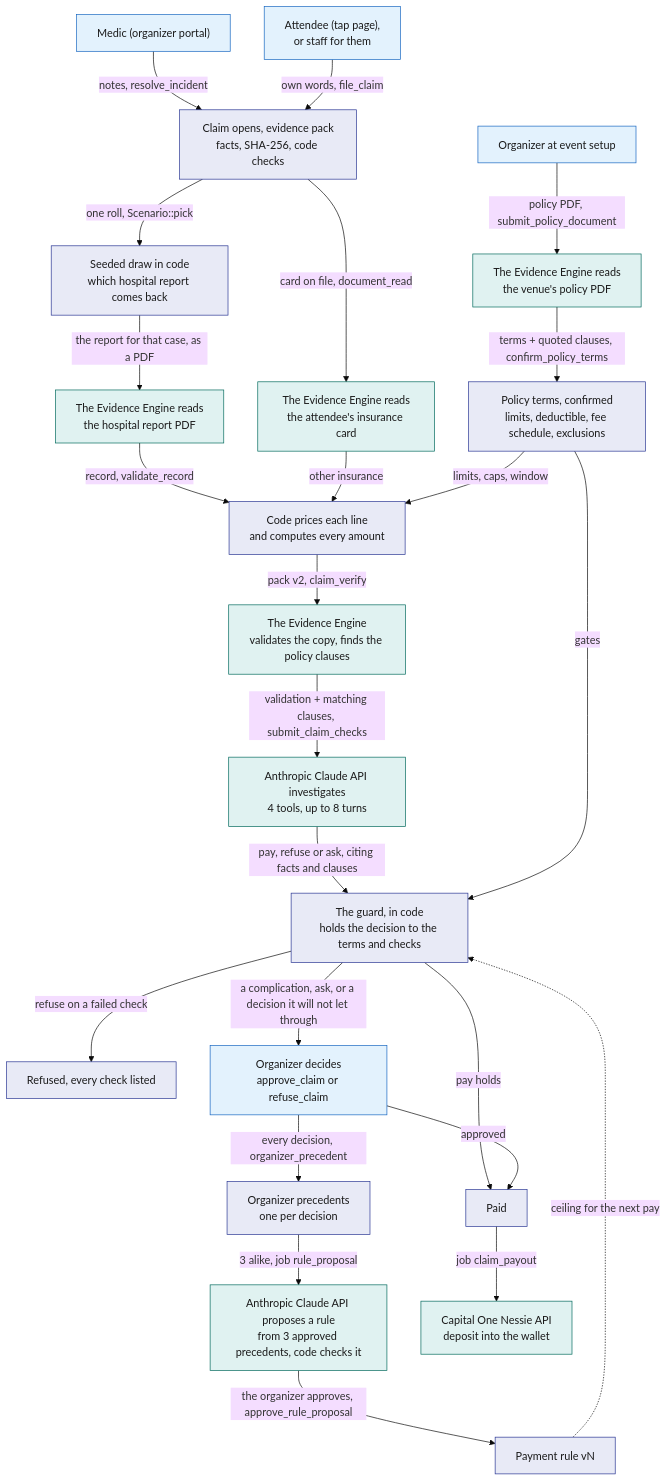
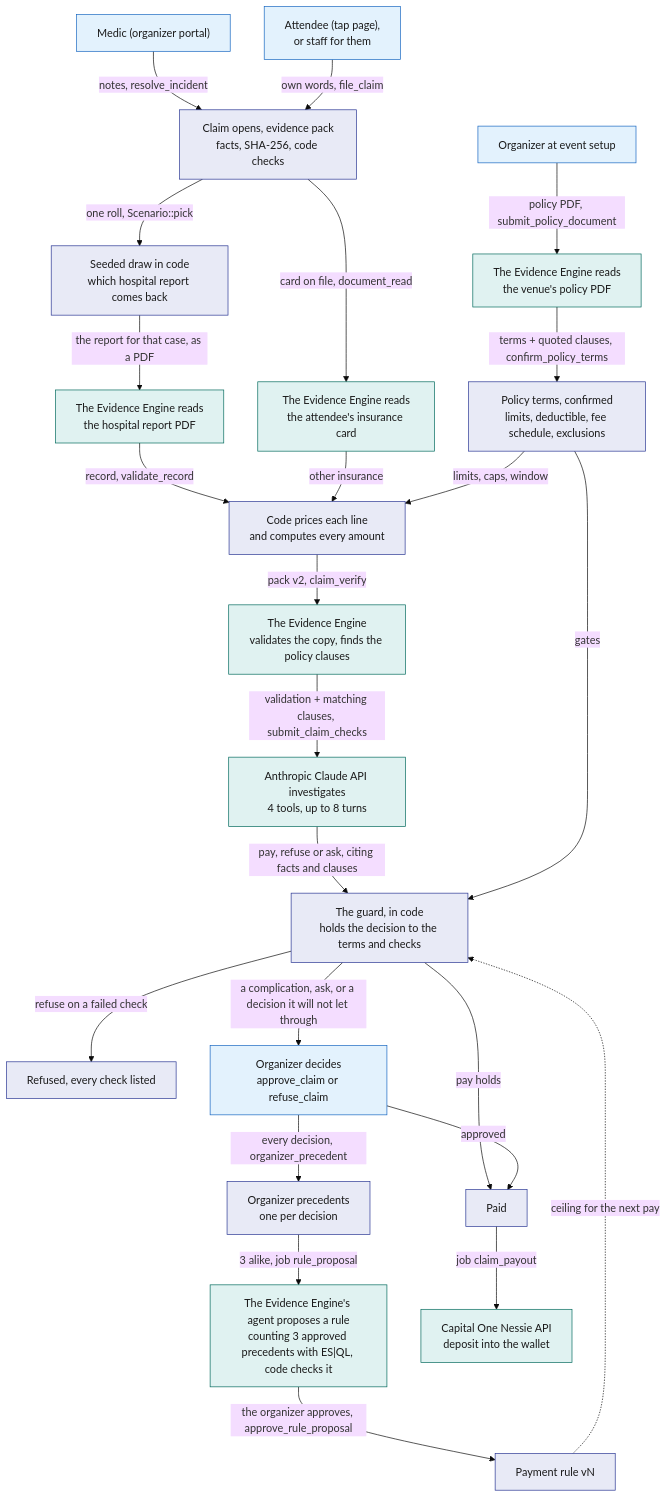
Before and after one commit to viktorinkov/cal-hacks-13: the first of 6 diagrams in System Design/6-features/Insurance.md, drawn with Mermaid (base theme). The commit also changed other lines of this file and 4 other files, not shown here.

Commit message:
System Design: propose payment rules with the Elastic agent bandit-rule-proposer

````diff
--- a/System Design/6-features/Insurance.md
+++ b/System Design/6-features/Insurance.md
@@ -19,51 +19,51 @@
 ```mermaid
 flowchart TB
   classDef stdb fill:#E8EAF6,stroke:#283593,color:#1A1A1A
   classDef web fill:#E3F2FD,stroke:#1565C0,color:#1A1A1A
   classDef ext fill:#E0F2F1,stroke:#00695C,color:#1A1A1A
 
   Org0["Organizer at event setup"]:::web
   VP["The Evidence Engine reads<br/>the venue's policy PDF"]:::ext
   Terms["Policy terms, confirmed<br/>limits, deductible, fee schedule, exclusions"]:::stdb
   Medic["Medic (organizer portal)"]:::web
   Att["Attendee (tap page),<br/>or staff for them"]:::web
   Open["Claim opens, evidence pack<br/>facts, SHA-256, code checks"]:::stdb
   Draw["Seeded draw in code<br/>which hospital report comes back"]:::stdb
   HR["The Evidence Engine reads<br/>the hospital report PDF"]:::ext
   Card["The Evidence Engine reads<br/>the attendee's insurance card"]:::ext
   Price["Code prices each line<br/>and computes every amount"]:::stdb
   EE["The Evidence Engine<br/>validates the copy, finds the policy clauses"]:::ext
   Claude["Anthropic Claude API investigates<br/>4 tools, up to 8 turns"]:::ext
   Guard["The guard, in code<br/>holds the decision to the terms and checks"]:::stdb
   Paid["Paid"]:::stdb
   Ref["Refused, every check listed"]:::stdb
   Org["Organizer decides<br/>approve_claim or refuse_claim"]:::web
   Prec["Organizer precedents<br/>one per decision"]:::stdb
-  Prop["Anthropic Claude API proposes a rule<br/>from 3 approved precedents, code checks it"]:::ext
+  Prop["The Evidence Engine's agent proposes a rule<br/>counting 3 approved precedents with ES|QL, code checks it"]:::ext
   Rule["Payment rule vN"]:::stdb
   Pay["Capital One Nessie API<br/>deposit into the wallet"]:::ext
 
   Org0 -->|"policy PDF, submit_policy_document"| VP
   VP -->|"terms + quoted clauses, confirm_policy_terms"| Terms
   Medic -->|"notes, resolve_incident"| Open
   Att -->|"own words, file_claim"| Open
   Open -->|"one roll, Scenario::pick"| Draw
   Draw -->|"the report for that case, as a PDF"| HR
   Open -->|"card on file, document_read"| Card
   HR -->|"record, validate_record"| Price
   Card -->|"other insurance"| Price
   Terms -->|"limits, caps, window"| Price
   Price -->|"pack v2, claim_verify"| EE
   EE -->|"validation + matching clauses, submit_claim_checks"| Claude
   Claude -->|"pay, refuse or ask, citing facts and clauses"| Guard
   Terms -->|"gates"| Guard
   Guard -->|"pay holds"| Paid
   Guard -->|"refuse on a failed check"| Ref
   Guard -->|"a complication, ask, or a decision it will not let through"| Org
   Org -->|"every decision, organizer_precedent"| Prec
   Prec -->|"3 alike, job rule_proposal"| Prop
   Prop -->|"the organizer approves, approve_rule_proposal"| Rule
   Rule -.->|"ceiling for the next pay"| Guard
   Org -->|"approved"| Paid
   Paid -->|"job claim_payout"| Pay
 ```
````
